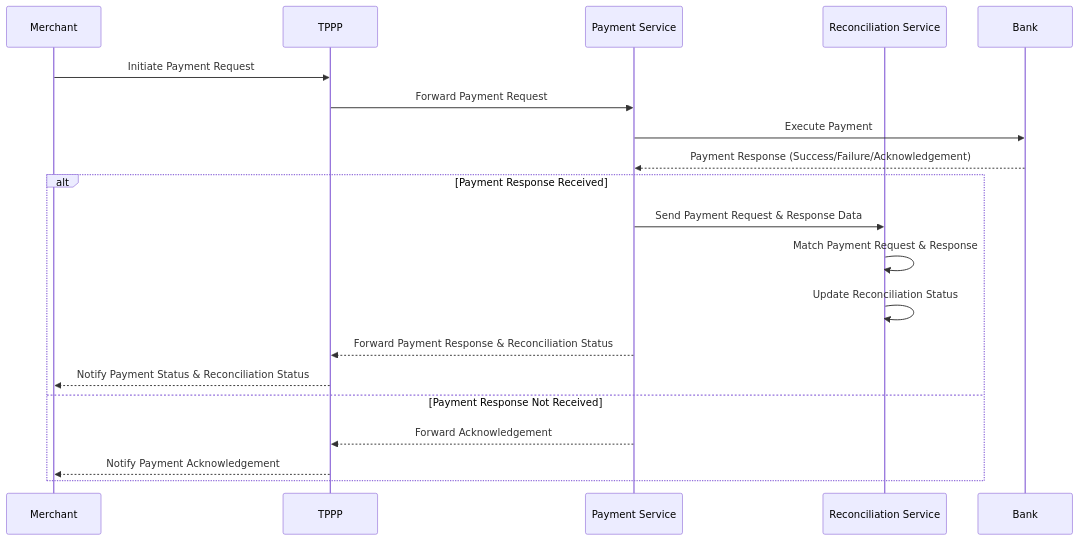
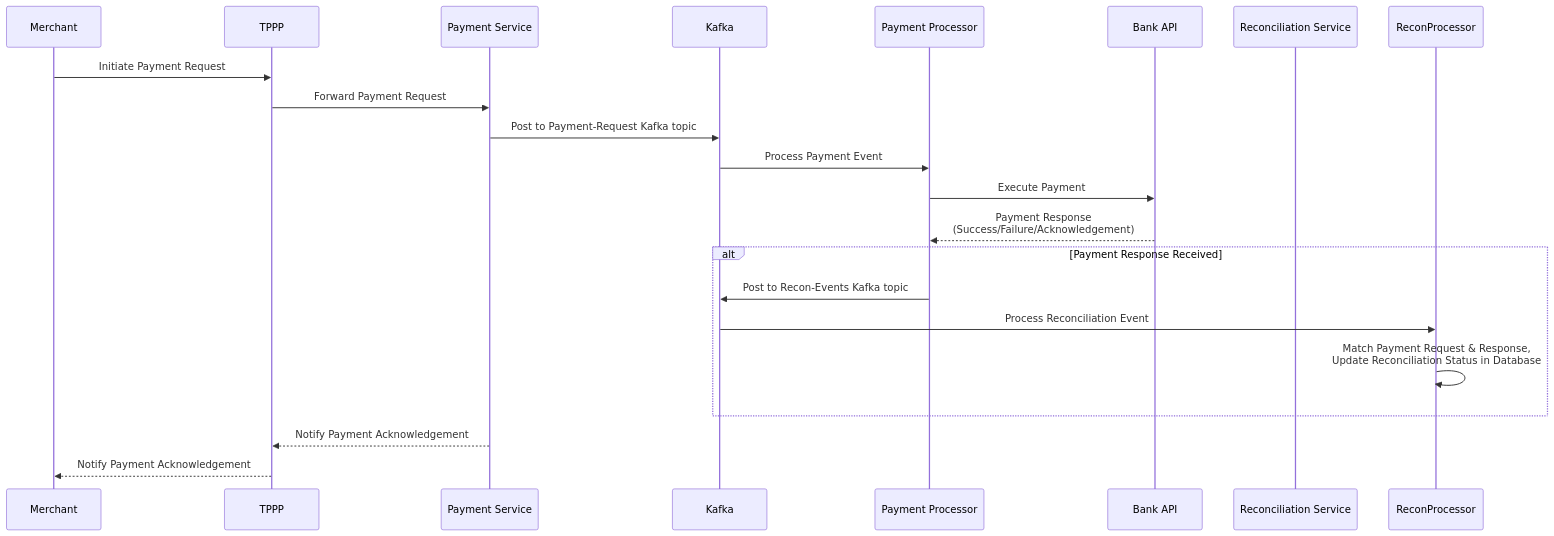
One commit to scaledapps/EPaaS changed the fourth of 5 diagrams in README.md. Above: the diagram before and after it, drawn with Mermaid. The commit also changed other lines of this file and 8 other files, not shown here.

````diff
--- a/README.md
+++ b/README.md
@@ -163,23 +136,25 @@
 ```mermaid
 sequenceDiagram
     participant Merchant
     participant TPPP
-    participant PaymentService as Payment Service
+    participant PaymentAPI as Payment Service
+    participant Kafka
+    participant PaymentProcessor as Payment Processor
+    participant Bank as Bank API
     participant ReconService as Reconciliation Service
-    participant Bank
+    
+    Merchant->>TPPP: Initiate Payment Request
+    TPPP->>PaymentAPI: Forward Payment Request
+    PaymentAPI->>Kafka: Post to Payment-Request Kafka topic
+    Kafka->>PaymentProcessor: Process Payment Event
+    PaymentProcessor->>Bank: Execute Payment
+    Bank-->>PaymentProcessor: Payment Response<br>(Success/Failure/Acknowledgement)
+    alt Payment Response Received
+        PaymentProcessor->>Kafka: Post to Recon-Events Kafka topic
+        Kafka->>ReconProcessor: Process Reconciliation Event
+        ReconProcessor->>ReconProcessor: Match Payment Request & Response,<br>Update Reconciliation Status in Database
+    end
+    PaymentAPI-->>TPPP: Notify Payment Acknowledgement
+    TPPP-->>Merchant: Notify Payment Acknowledgement
 
-    Merchant->>TPPP: Initiate Payment Request
-    TPPP->>PaymentService: Forward Payment Request
-    PaymentService->>Bank: Execute Payment
-    Bank-->>PaymentService: Payment Response (Success/Failure/Acknowledgement)
-    alt Payment Response Received
-        PaymentService->>ReconService: Send Payment Request & Response Data
-        ReconService->>ReconService: Match Payment Request & Response
-        ReconService->>ReconService: Update Reconciliation Status
-        PaymentService-->>TPPP: Forward Payment Response & Reconciliation Status
-        TPPP-->>Merchant: Notify Payment Status & Reconciliation Status
-    else Payment Response Not Received
-        PaymentService-->>TPPP: Forward Acknowledgement
-        TPPP-->>Merchant: Notify Payment Acknowledgement
-    end
 ```
````
